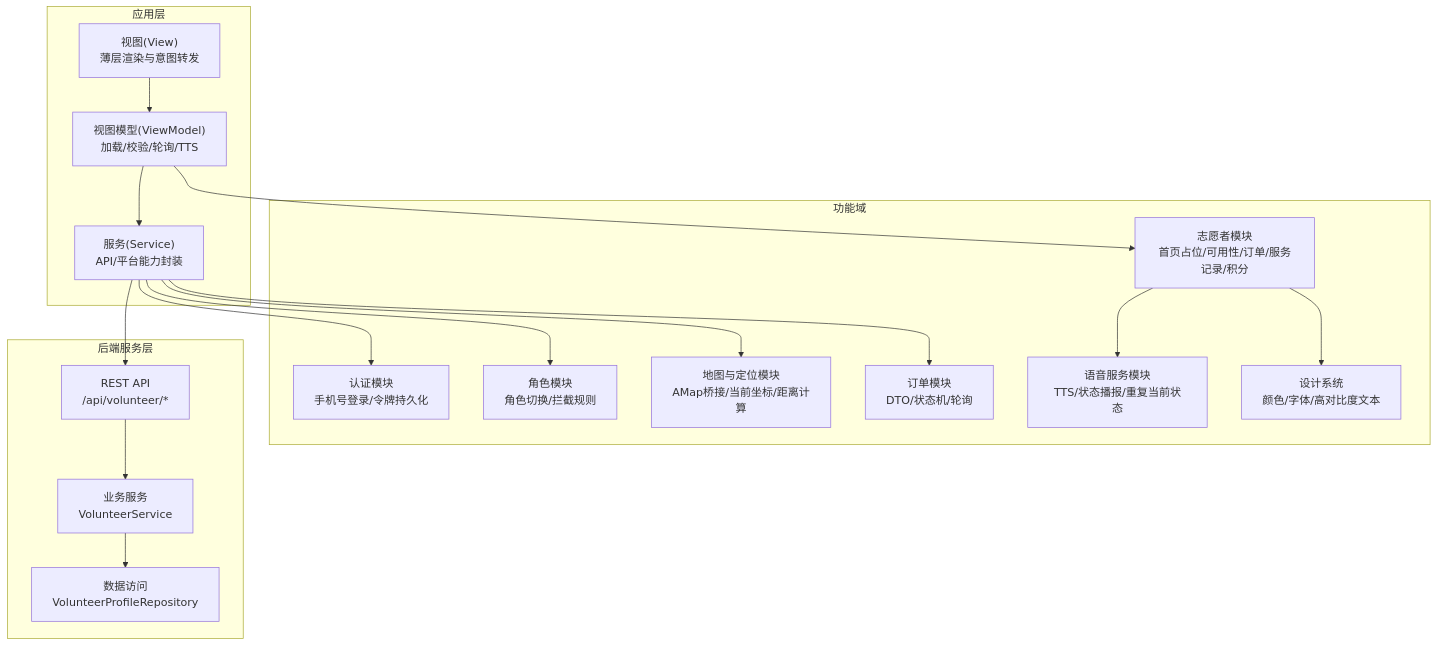
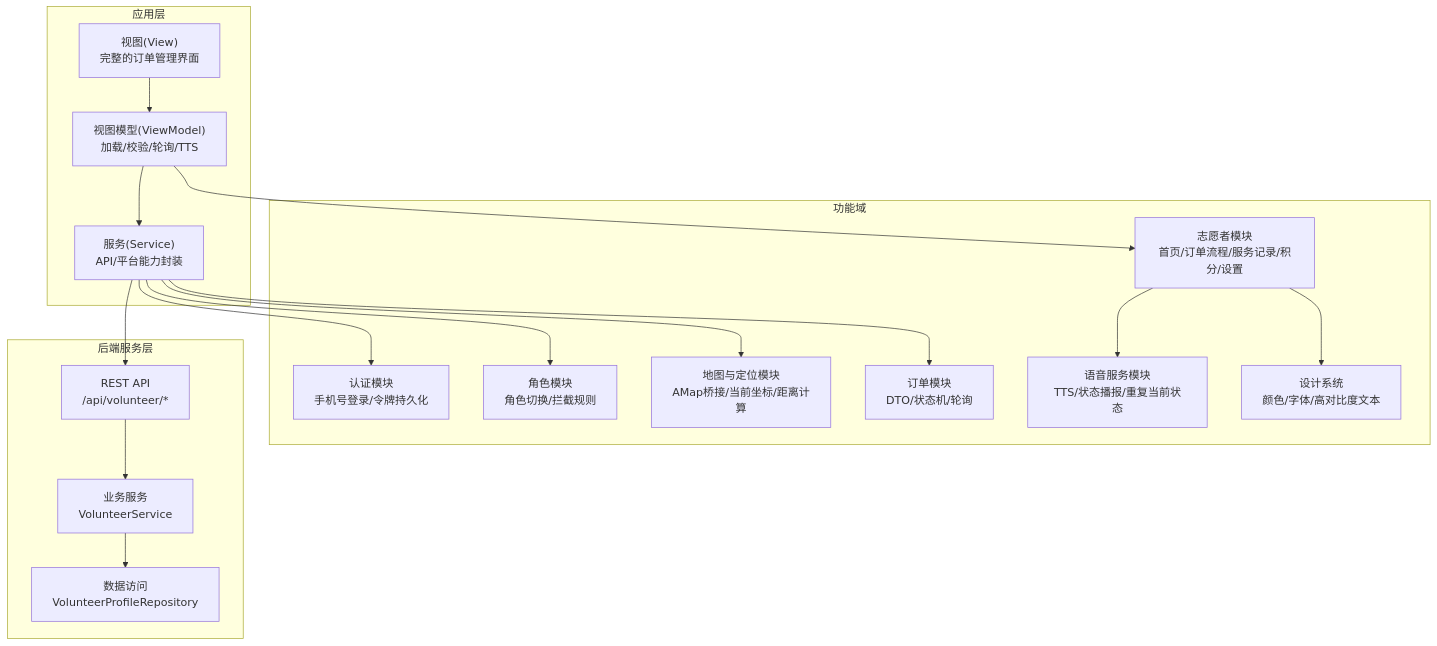
Before and after one commit to Jayden23018/blind-run-ios: the first of 13 diagrams in .qoder/repowiki/zh/content/架构设计/模块化架构设计/Volunteer 志愿者模块.md, drawn with Mermaid. The commit also changed other lines of this file and 8 other files, not shown here.

````diff
--- a/.qoder/repowiki/zh/content/架构设计/模块化架构设计/Volunteer 志愿者模块.md
+++ b/.qoder/repowiki/zh/content/架构设计/模块化架构设计/Volunteer 志愿者模块.md
@@ -59,34 +64,34 @@
 ```mermaid
 graph TB
 subgraph "应用层"
-Views["视图(View)<br/>薄层渲染与意图转发"]
+Views["视图(View)<br/>完整的订单管理界面"]
 VM["视图模型(ViewModel)<br/>加载/校验/轮询/TTS"]
 Services["服务(Service)<br/>API/平台能力封装"]
 end
 subgraph "功能域"
 Auth["认证模块<br/>手机号登录/令牌持久化"]
 Role["角色模块<br/>角色切换/拦截规则"]
 Map["地图与定位模块<br/>AMap桥接/当前坐标/距离计算"]
 Orders["订单模块<br/>DTO/状态机/轮询"]
-Volunteer["志愿者模块<br/>首页占位/可用性/订单/服务记录/积分"]
+Volunteer["志愿者模块<br/>首页/订单流程/服务记录/积分/设置"]
 Voice["语音服务模块<br/>TTS/状态播报/重复当前状态"]
 Design["设计系统<br/>颜色/字体/高对比度文本"]
 end
 subgraph "后端服务层"
 API["REST API<br/>/api/volunteer/*"]
 Service["业务服务<br/>VolunteerService"]
 Repo["数据访问<br/>VolunteerProfileRepository"]
 end
 Views --> VM
 VM --> Services
 Services --> Orders
 Services --> Map
 Services --> Auth
 Services --> Role
 VM --> Volunteer
 Volunteer --> Voice
 Volunteer --> Design
 Services --> API
 API --> Service
 Service --> Repo
 ```
````
